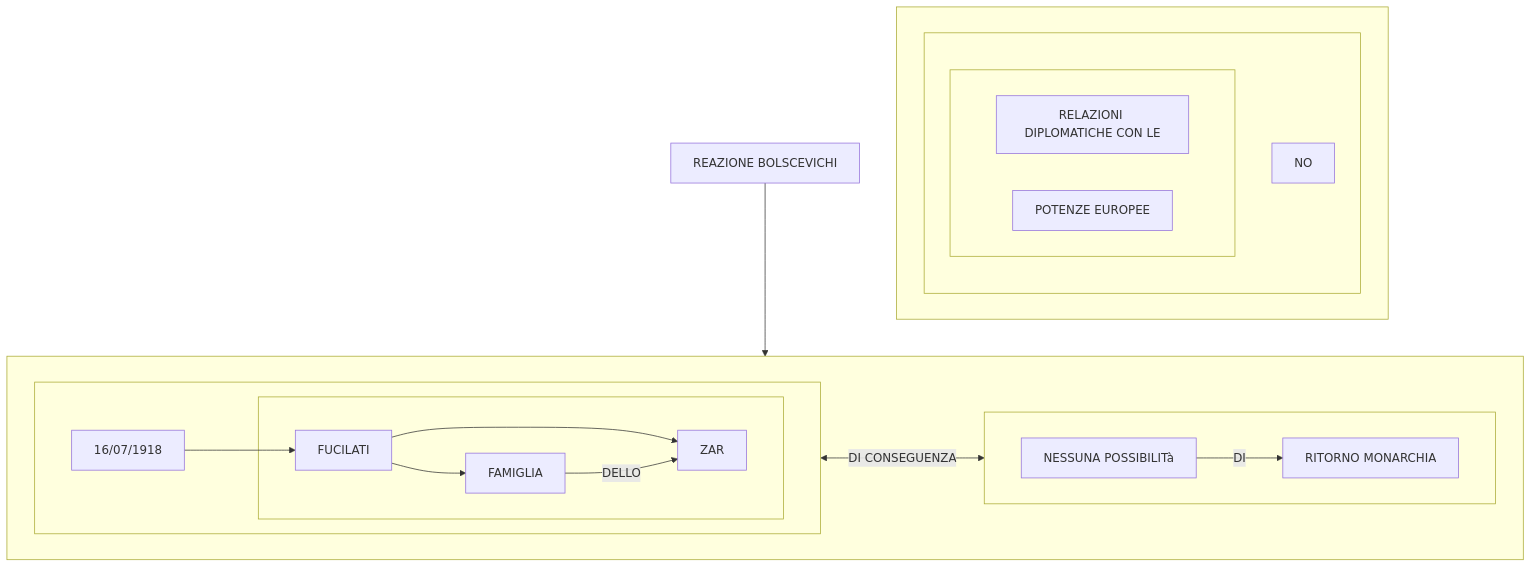
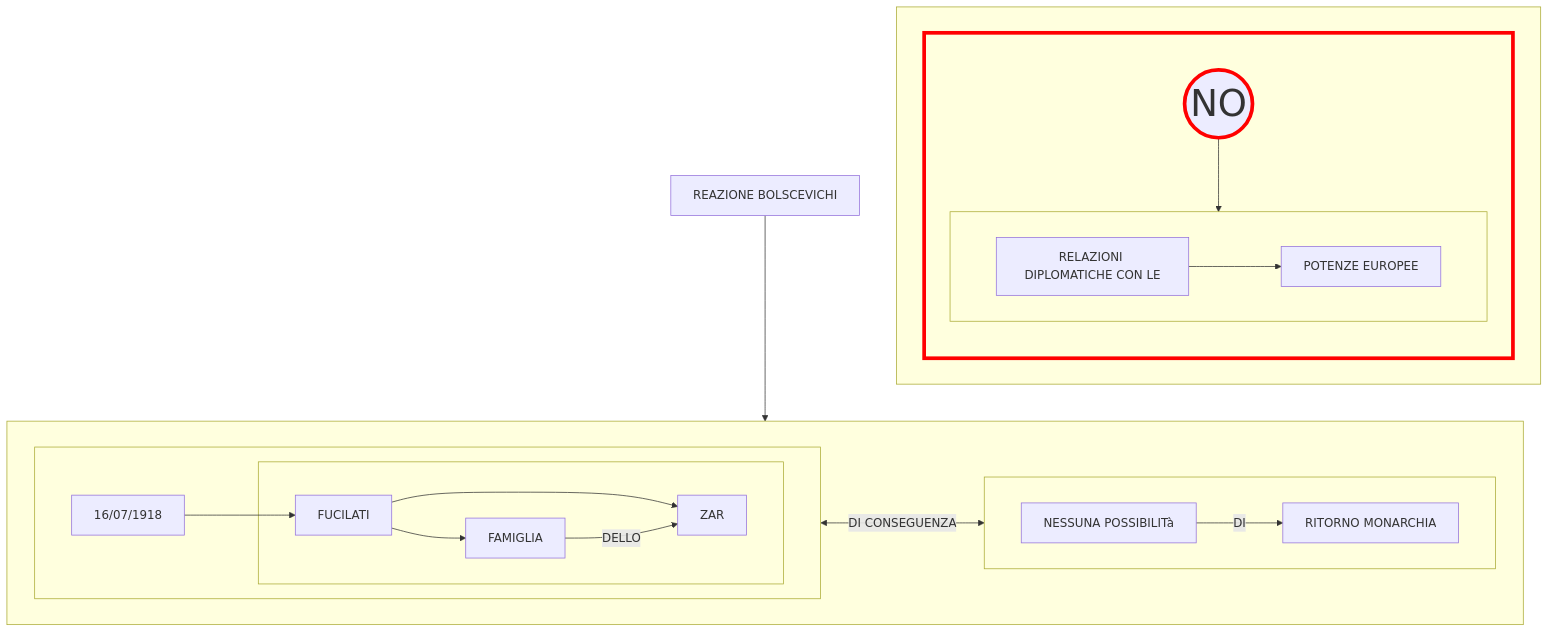
Before and after one commit to Laaouatni/ricerca-storia-MermaidJS: the eighth of 8 diagrams in stalinismo.md, drawn with Mermaid.

````diff
--- a/stalinismo.md
+++ b/stalinismo.md
@@ -346,33 +346,37 @@
 ```mermaid
 flowchart TB
     0[REAZIONE BOLSCEVICHI]
     subgraph 13[" "]
         subgraph 1[" "]
             10[16/07/1918]
             subgraph 11[" "]
                 110[FUCILATI]
                 1100[ZAR]
                 1101[FAMIGLIA]
                 110 --> 1100 & 1101
                 1101 -->|DELLO| 1100
             end
             10 --> 110
         end
         subgraph 12[" "]
             120[NESSUNA POSSIBILITà]
             121[RITORNO MONARCHIA]
             120 --> |DI| 121
         end
         1 <-->|DI CONSEGUENZA| 12 
     end
     subgraph 2[" "]
         subgraph 20[" "]
-            200[NO]
+            200((NO))
+            style 200 stroke:#ff0000, stroke-width:5px, font-size:50px;
             subgraph 21[" "]
                 210[RELAZIONI DIPLOMATICHE CON LE]
                 211[POTENZE EUROPEE]
+                210 --> 211
             end
+            200 --> 21
         end
+        style 20 stroke:#ff0000, stroke-width:5px;
     end
     0 --> 13
 ```
````
